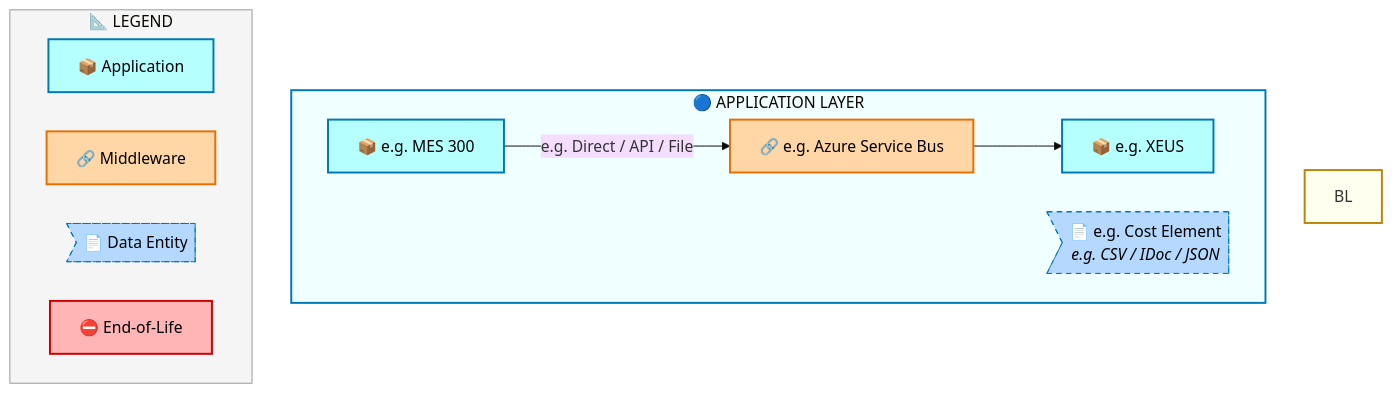
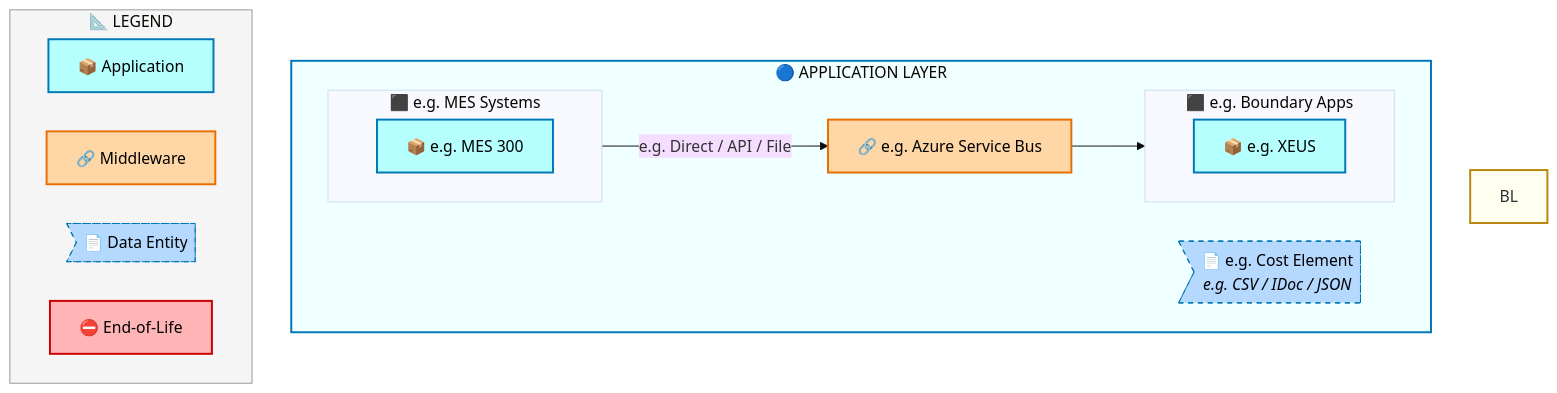
The fifth of 7 diagrams in towers/E2E/Procure to Pay/E2E-62/output/docs/systems-architecture/E2E-62-Architecture.md (sajivfrancis777/IAO-Architecture), drawn with Mermaid before and after one commit. The commit also changed other lines of this file and 375 other files, not shown here.

First line of the commit message:
fix: Mermaid subgraph syntax for lane names with parens + PDF print footer on every page

````diff
--- a/towers/E2E/Procure to Pay/E2E-62/output/docs/systems-architecture/E2E-62-Architecture.md
+++ b/towers/E2E/Procure to Pay/E2E-62/output/docs/systems-architecture/E2E-62-Architecture.md
@@ -445,34 +451,40 @@
 ```mermaid
 %%{init: {"theme": "base", "securityLevel": "loose", "themeVariables": {"fontSize": "16px", "fontFamily": "Segoe UI, Arial, sans-serif"}, "flowchart": {"useMaxWidth": false, "htmlLabels": true, "nodeSpacing": 40, "rankSpacing": 50}} }%%
 flowchart TB
     %% -- ArchiMate-inspired style classes --
     classDef business      fill:#FFFFB5,stroke:#B8860B,stroke-width:2px,color:#000
     classDef app           fill:#B5FFFF,stroke:#0077B6,stroke-width:2px,color:#000
     classDef data          fill:#B5D8FF,stroke:#0077B6,stroke-width:1px,color:#000,stroke-dasharray: 5 5
     classDef middleware    fill:#FFD6A5,stroke:#E76F00,stroke-width:2px,color:#000
     classDef eol           fill:#FFB5B5,stroke:#CC0000,stroke-width:2px,color:#000
 
     subgraph AL["🔵 APPLICATION LAYER"]
         direction LR
-        E2E62F_e_g_MES_300["📦 e.g. MES 300"]:::app
-        E2E62F_e_g_XEUS["📦 e.g. XEUS"]:::app
+        subgraph E2E62FLN_e_g_Boundary_Apps[" ⬛ e.g. Boundary Apps"]
+            direction LR
+            E2E62F_e_g_XEUS["📦 e.g. XEUS"]:::app
+        end
+        subgraph E2E62FLN_e_g_MES_Systems[" ⬛ e.g. MES Systems"]
+            direction LR
+            E2E62F_e_g_MES_300["📦 e.g. MES 300"]:::app
+        end
         E2E62FMW_e_g_Azure_Service_Bus["🔗 e.g. Azure Service Bus"]:::middleware
         E2E62FDE_e_g_Cost_Element>"📄 e.g. Cost Element<br/><i>e.g. CSV / IDoc / JSON</i>"]:::data
     end
 
     E2E62F_e_g_MES_300 -->|"e.g. Direct / API / File"| E2E62FMW_e_g_Azure_Service_Bus
     E2E62FMW_e_g_Azure_Service_Bus --> E2E62F_e_g_XEUS
 
 
     style BL fill:#FFFFF0,stroke:#B8860B,stroke-width:2px
     style AL fill:#F0FFFF,stroke:#0077B6,stroke-width:2px
 
     subgraph Legend["📐 LEGEND"]
         direction LR
         L_APP["📦 Application"]:::app
         L_MW["🔗 Middleware"]:::middleware
         L_DE>"📄 Data Entity"]:::data
         L_EOL["⛔ End-of-Life"]:::eol
     end
     style Legend fill:#F5F5F5,stroke:#999,stroke-width:1px
 ```
````
